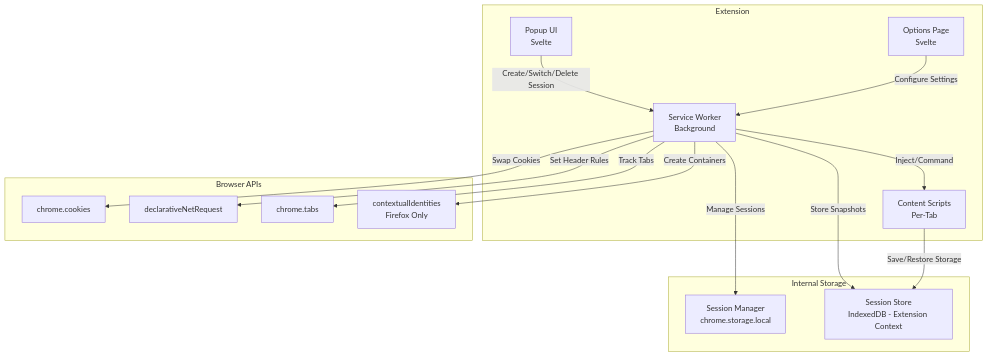
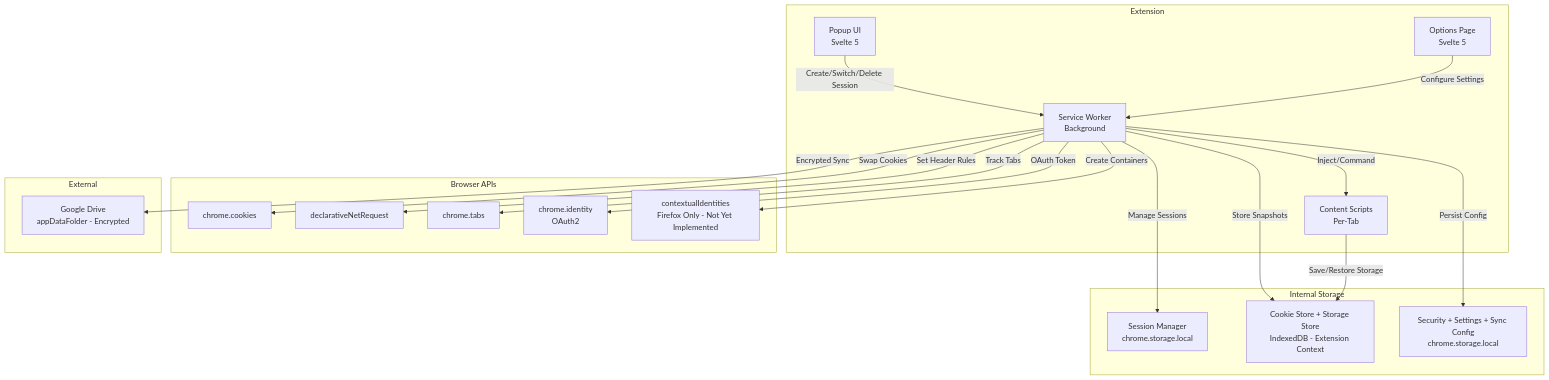
Before and after one commit to msaidbilgehan/unaware-sessions-browser-extension: the first of 3 diagrams in Docs/2-Product-Specifications.md, drawn with Mermaid. The commit also changed other lines of this file and 5 other files, not shown here.

````diff
--- a/Docs/2-Product-Specifications.md
+++ b/Docs/2-Product-Specifications.md
@@ -70,32 +78,41 @@
 ```mermaid
 graph TB
     subgraph Extension
         SW[Service Worker<br/>Background]
         CS[Content Scripts<br/>Per-Tab]
-        PP[Popup UI<br/>Svelte]
-        OP[Options Page<br/>Svelte]
+        PP[Popup UI<br/>Svelte 5]
+        OP[Options Page<br/>Svelte 5]
     end
 
     subgraph Internal Storage
         SM[Session Manager<br/>chrome.storage.local]
-        SS[Session Store<br/>IndexedDB - Extension Context]
+        SS[Cookie Store + Storage Store<br/>IndexedDB - Extension Context]
+        SC[Security + Settings + Sync Config<br/>chrome.storage.local]
     end
 
     subgraph Browser APIs
         CK[chrome.cookies]
         DNR[declarativeNetRequest]
         TB[chrome.tabs]
-        CI[contextualIdentities<br/>Firefox Only]
+        ID[chrome.identity<br/>OAuth2]
+        CI[contextualIdentities<br/>Firefox Only - Not Yet Implemented]
+    end
+
+    subgraph External
+        GD[Google Drive<br/>appDataFolder - Encrypted]
     end
 
     PP -->|Create/Switch/Delete Session| SW
     OP -->|Configure Settings| SW
     SW -->|Manage Sessions| SM
     SW -->|Store Snapshots| SS
+    SW -->|Persist Config| SC
     SW -->|Swap Cookies| CK
     SW -->|Set Header Rules| DNR
     SW -->|Track Tabs| TB
+    SW -->|OAuth Token| ID
     SW -->|Create Containers| CI
     SW -->|Inject/Command| CS
+    SW -->|Encrypted Sync| GD
     CS -->|Save/Restore Storage| SS
 ```
````
